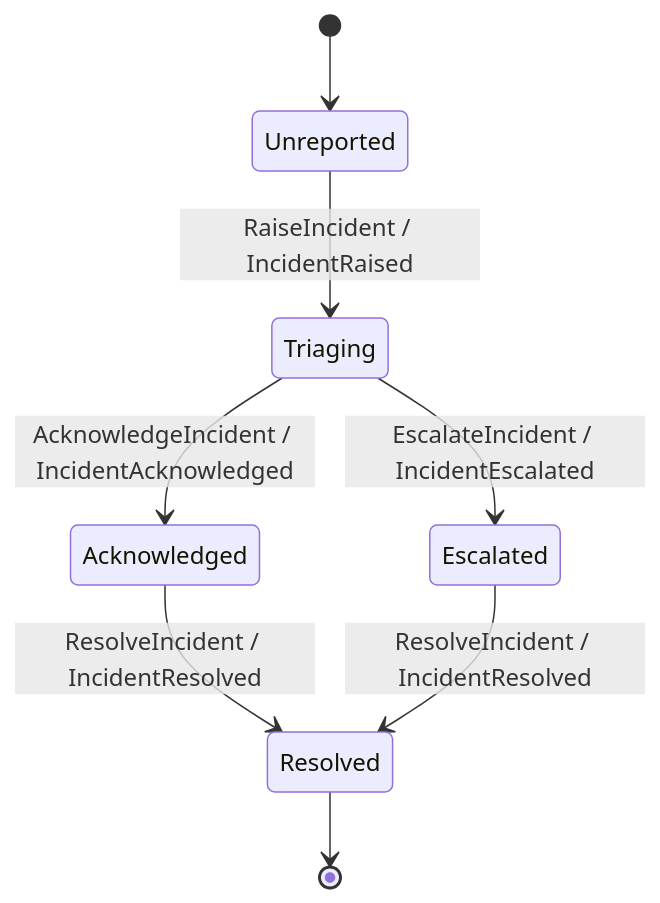
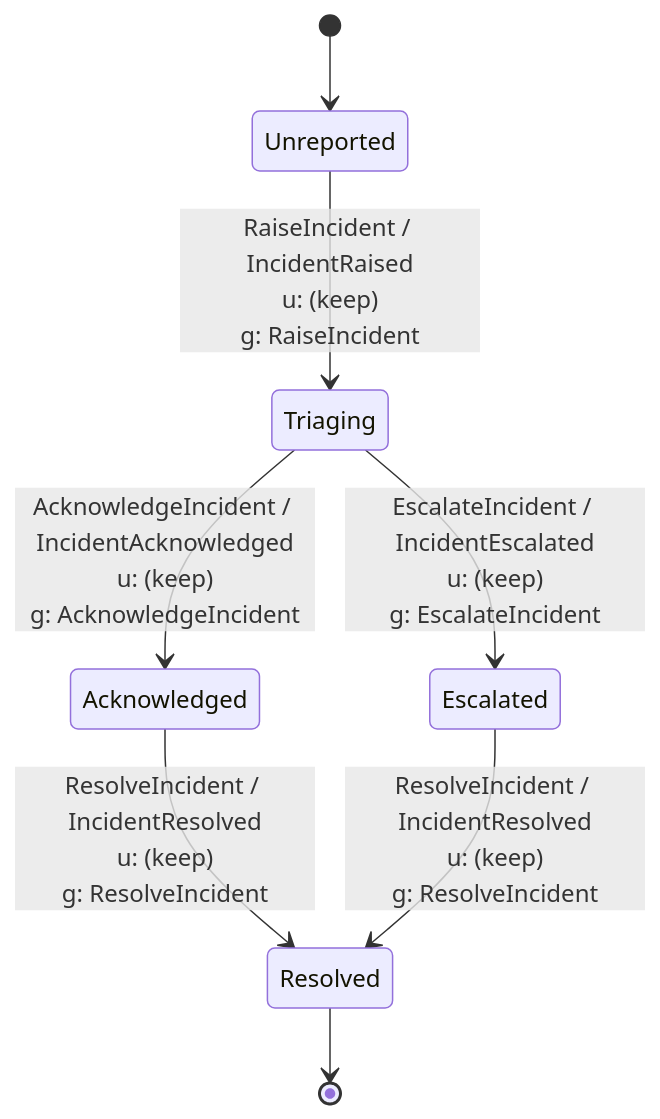
One commit to shinzui/keiro changed the first of 3 diagrams in docs/guides/coordinating-incident-response-with-routers-and-process-managers.md. Above: the diagram before and after it, drawn with Mermaid. The commit also changed other lines of this file and 17 other files, not shown here.

First line of the commit message:
feat(diagrams): adopt readable Keiki 0.8 rendering

````diff
--- a/docs/guides/coordinating-incident-response-with-routers-and-process-managers.md
+++ b/docs/guides/coordinating-incident-response-with-routers-and-process-managers.md
@@ -72,10 +72,10 @@
 ```mermaid
 stateDiagram-v2
     [*] --> Unreported
-    Unreported --> Triaging : RaiseIncident / IncidentRaised
-    Triaging --> Acknowledged : AcknowledgeIncident / IncidentAcknowledged
-    Triaging --> Escalated : EscalateIncident / IncidentEscalated
-    Acknowledged --> Resolved : ResolveIncident / IncidentResolved
-    Escalated --> Resolved : ResolveIncident / IncidentResolved
+    Unreported --> Triaging : RaiseIncident / IncidentRaised<br/>u: (keep)<br/>g: RaiseIncident
+    Triaging --> Acknowledged : AcknowledgeIncident / IncidentAcknowledged<br/>u: (keep)<br/>g: AcknowledgeIncident
+    Triaging --> Escalated : EscalateIncident / IncidentEscalated<br/>u: (keep)<br/>g: EscalateIncident
+    Acknowledged --> Resolved : ResolveIncident / IncidentResolved<br/>u: (keep)<br/>g: ResolveIncident
+    Escalated --> Resolved : ResolveIncident / IncidentResolved<br/>u: (keep)<br/>g: ResolveIncident
     Resolved --> [*]
 ```
````
